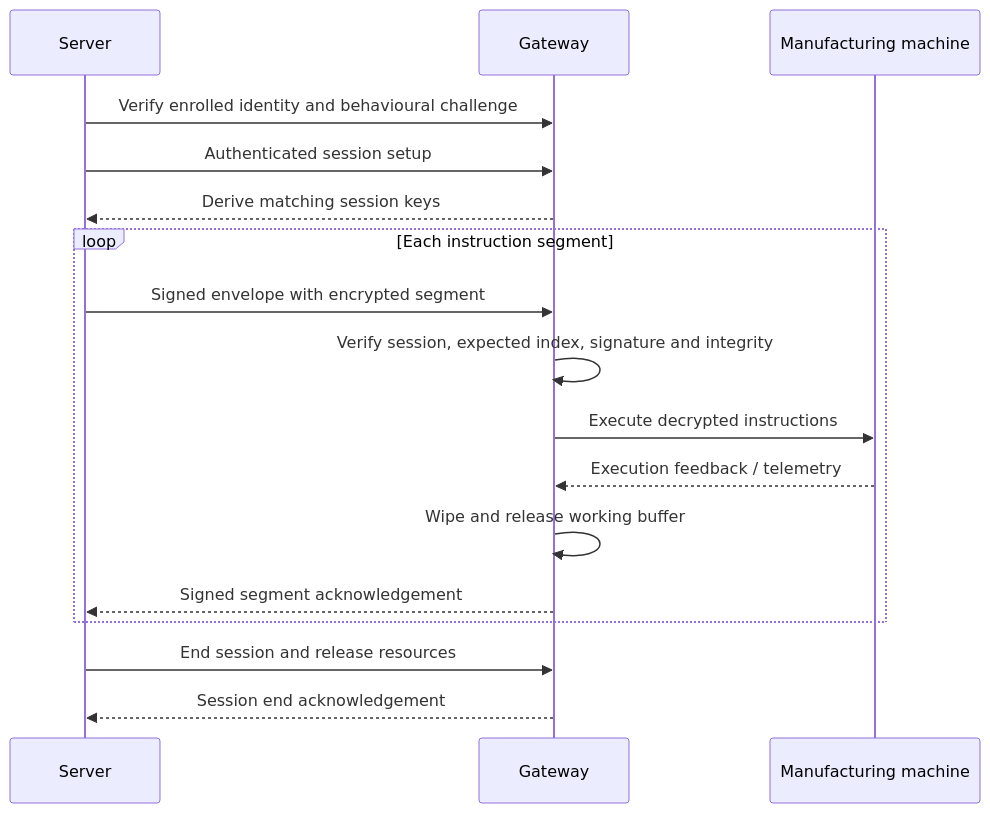
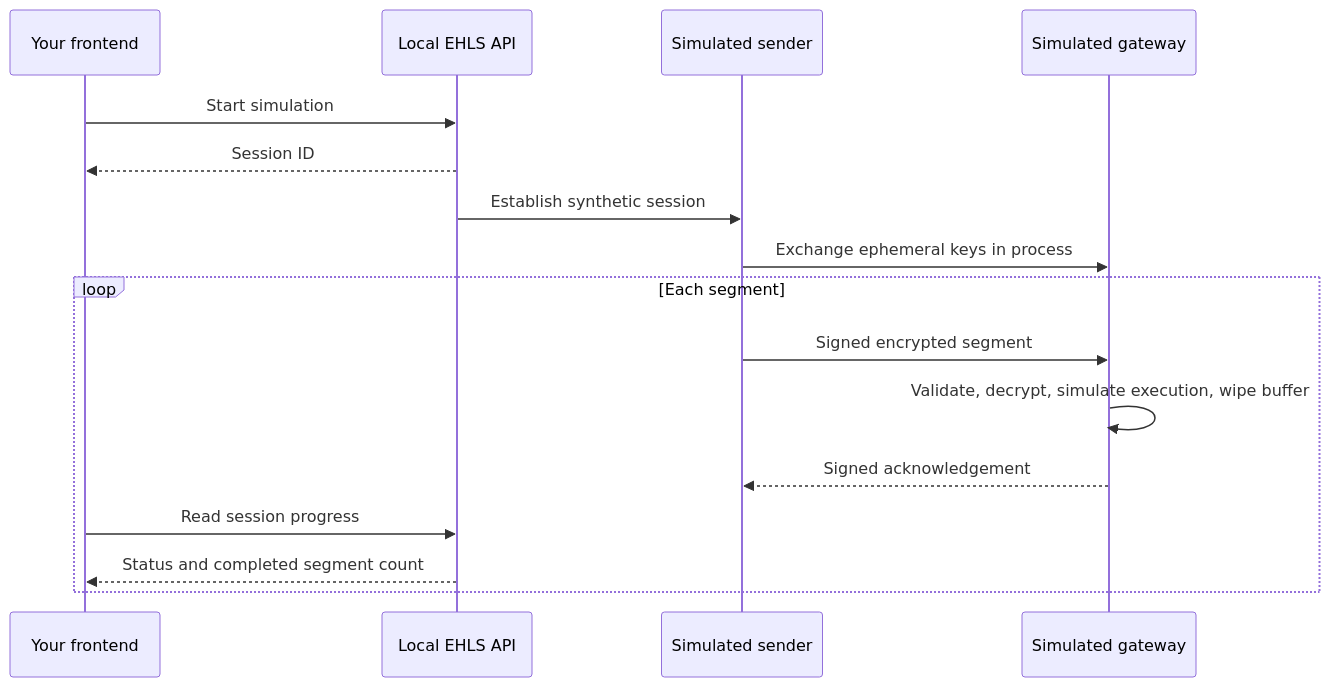
One commit to lorcan10/ehls-protocol changed the diagram in README.md. Above: the diagram before and after it, drawn with Mermaid. The commit also changed other lines of this file and 24 other files, not shown here.

Commit message:
Add simulator API and JavaScript frontend integration kit

````diff
--- a/README.md
+++ b/README.md
@@ -9,19 +75,18 @@
 ```mermaid
 sequenceDiagram
-    participant S as Server
-    participant G as Gateway
-    participant M as Manufacturing machine
-    S->>G: Verify enrolled identity and behavioural challenge
-    S->>G: Authenticated session setup
-    G-->>S: Derive matching session keys
-    loop Each instruction segment
-        S->>G: Signed envelope with encrypted segment
-        G->>G: Verify session, expected index, signature and integrity
-        G->>M: Execute decrypted instructions
-        M-->>G: Execution feedback / telemetry
-        G->>G: Wipe and release working buffer
-        G-->>S: Signed segment acknowledgement
+    participant F as Your frontend
+    participant A as Local EHLS API
+    participant S as Simulated sender
+    participant G as Simulated gateway
+    F->>A: Start simulation
+    A-->>F: Session ID
+    A->>S: Establish synthetic session
+    S->>G: Exchange ephemeral keys in process
+    loop Each segment
+        S->>G: Signed encrypted segment
+        G->>G: Validate, decrypt, simulate execution, wipe buffer
+        G-->>S: Signed acknowledgement
+        F->>A: Read session progress
+        A-->>F: Status and completed segment count
     end
-    S->>G: End session and release resources
-    G-->>S: Session end acknowledgement
 ```
````
